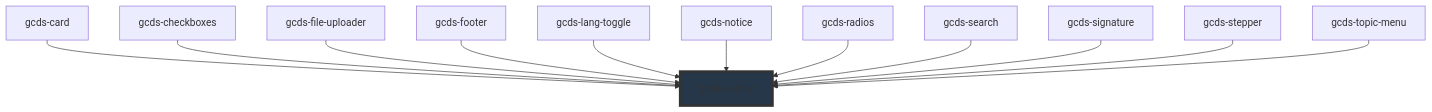
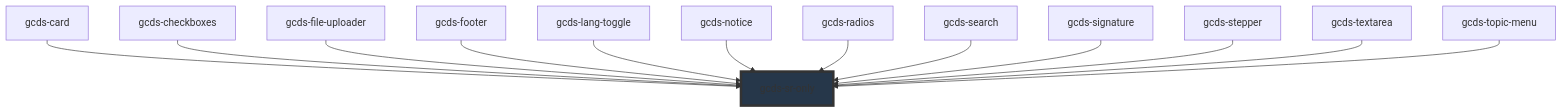
The diagram in packages/web/src/components/gcds-sr-only/readme.md (cds-snc/gcds-components), drawn with Mermaid before and after one commit. The commit also changed other lines of this file and 3 other files, not shown here.

````diff
--- a/packages/web/src/components/gcds-sr-only/readme.md
+++ b/packages/web/src/components/gcds-sr-only/readme.md
@@ -43,15 +44,16 @@
 ```mermaid
 graph TD;
   gcds-card --> gcds-sr-only
   gcds-checkboxes --> gcds-sr-only
   gcds-file-uploader --> gcds-sr-only
   gcds-footer --> gcds-sr-only
   gcds-lang-toggle --> gcds-sr-only
   gcds-notice --> gcds-sr-only
   gcds-radios --> gcds-sr-only
   gcds-search --> gcds-sr-only
   gcds-signature --> gcds-sr-only
   gcds-stepper --> gcds-sr-only
+  gcds-textarea --> gcds-sr-only
   gcds-topic-menu --> gcds-sr-only
   style gcds-sr-only fill:#26374a,stroke:#333,stroke-width:4px
 ```
````
